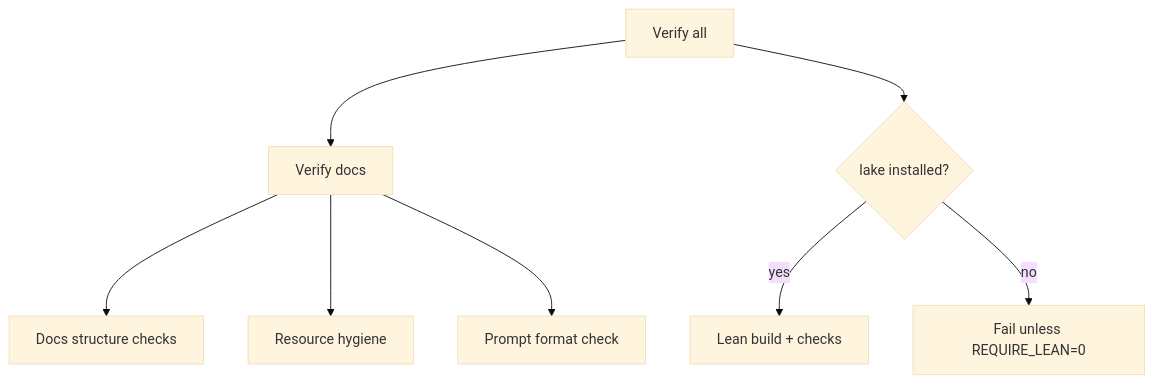
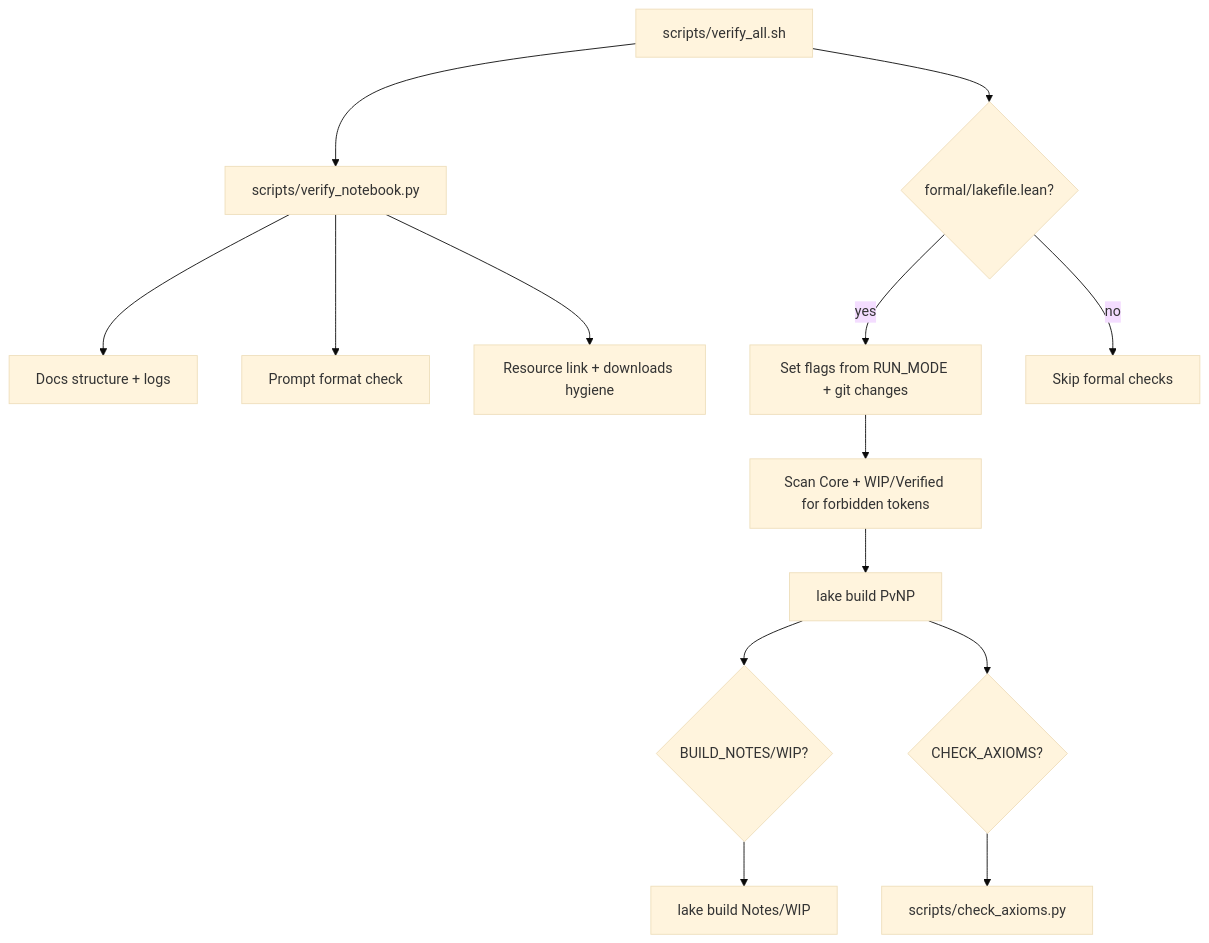
The third of 5 diagrams in ARCHITECTURE.md (Xopoko/Experiment-26_P_vs_NP), drawn with Mermaid (base theme) before and after one commit. The commit also changed other lines of this file, not shown here.

Commit message:
Proof - update architecture documentation for clarity and structure

````diff
--- a/ARCHITECTURE.md
+++ b/ARCHITECTURE.md
@@ -103,10 +134,16 @@
 ```mermaid
 graph TD
-  A[Verify all] --> B[Verify docs]
-  B --> C[Docs structure checks]
-  B --> D[Resource hygiene]
-  B --> E[Prompt format check]
-  A --> F{lake installed?}
-  F -->|yes| G[Lean build + checks]
-  F -->|no| H[Fail unless REQUIRE_LEAN=0]
+  A[scripts/verify_all.sh] --> B[scripts/verify_notebook.py]
+  B --> C[Docs structure + logs]
+  B --> D[Prompt format check]
+  B --> E[Resource link + downloads hygiene]
+  A --> F{formal/lakefile.lean?}
+  F -->|yes| G[Set flags from RUN_MODE + git changes]
+  G --> H[Scan Core + WIP/Verified for forbidden tokens]
+  H --> I[lake build PvNP]
+  I --> J{BUILD_NOTES/WIP?}
+  J --> K[lake build Notes/WIP]
+  I --> L{CHECK_AXIOMS?}
+  L --> M[scripts/check_axioms.py]
+  F -->|no| N[Skip formal checks]
 ```
````
